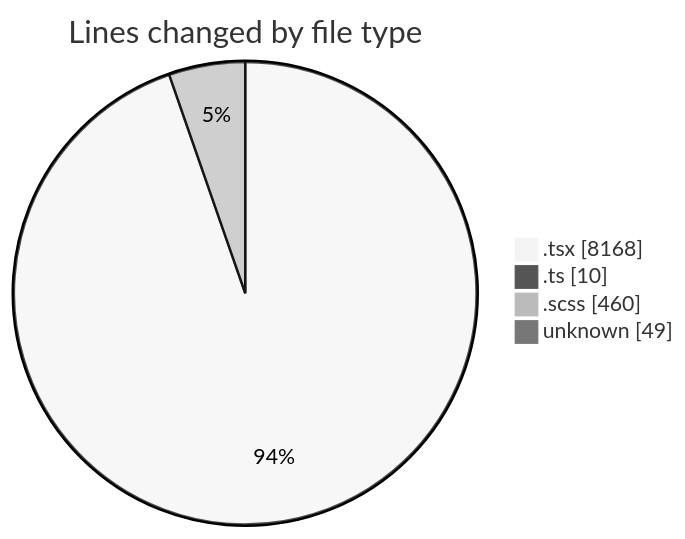
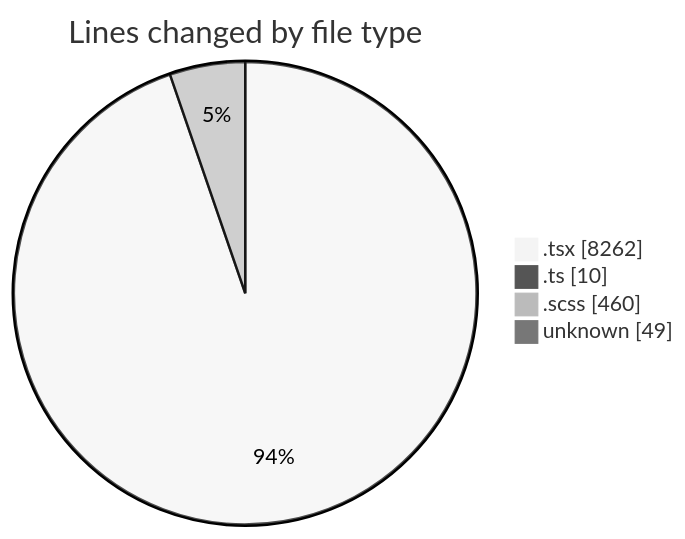
The first of 2 diagrams in 2025-11-17/cda/README.md (momahboobian/code-tracking), drawn with Mermaid (neutral theme) before and after one commit. The commit also changed other lines of this file and 1 other file, not shown here.

````diff
--- a/2025-11-17/cda/README.md
+++ b/2025-11-17/cda/README.md
@@ -35,8 +35,8 @@
 ```mermaid
 pie showData
 title Lines changed by file type
-".tsx" : 8168
+".tsx" : 8262
 ".ts" : 10
 ".scss" : 460
 "unknown" : 49
 ```
````
